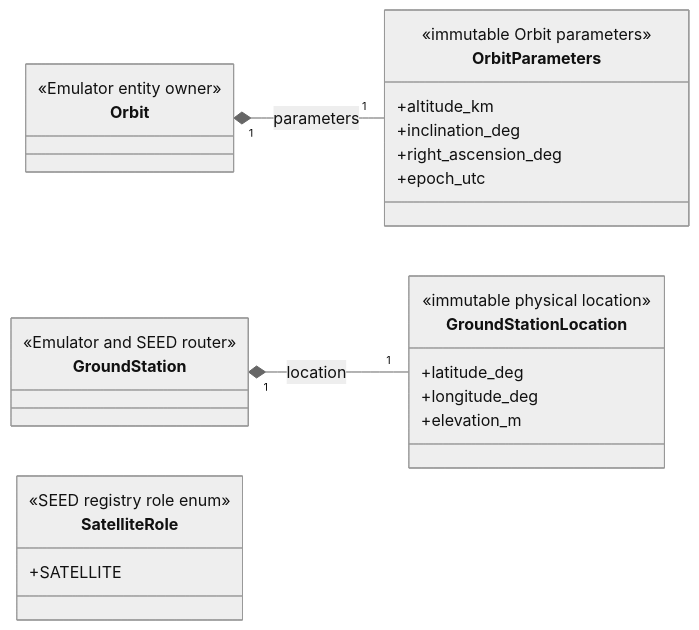
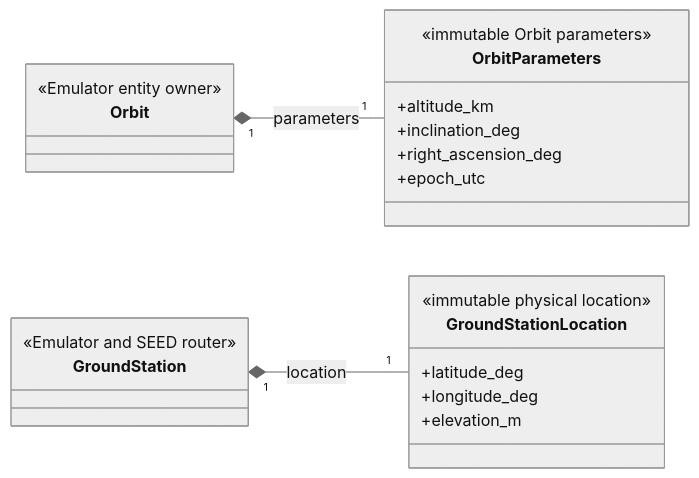
One commit to seed-labs/skyseed changed the fourth of 4 diagrams in skyseed_v2/src/skyseed_v2/emulator/entities/README.md. Above: the diagram before and after it, drawn with Mermaid (neutral theme). The commit also changed other lines of this file and 52 other files, not shown here.

````diff
--- a/skyseed_v2/src/skyseed_v2/emulator/entities/README.md
+++ b/skyseed_v2/src/skyseed_v2/emulator/entities/README.md
@@ -84,29 +91,25 @@
 ```mermaid
 classDiagram
     direction LR
     class Orbit {
         <<Emulator entity owner>>
     }
     class OrbitParameters {
         <<immutable Orbit parameters>>
         +altitude_km
         +inclination_deg
         +right_ascension_deg
         +epoch_utc
     }
     class GroundStation {
         <<Emulator and SEED router>>
     }
     class GroundStationLocation {
         <<immutable physical location>>
         +latitude_deg
         +longitude_deg
         +elevation_m
     }
-    class SatelliteRole {
-        <<SEED registry role enum>>
-        +SATELLITE
-    }
     Orbit "1" *-- "1" OrbitParameters : parameters
     GroundStation "1" *-- "1" GroundStationLocation : location
 ```
````
